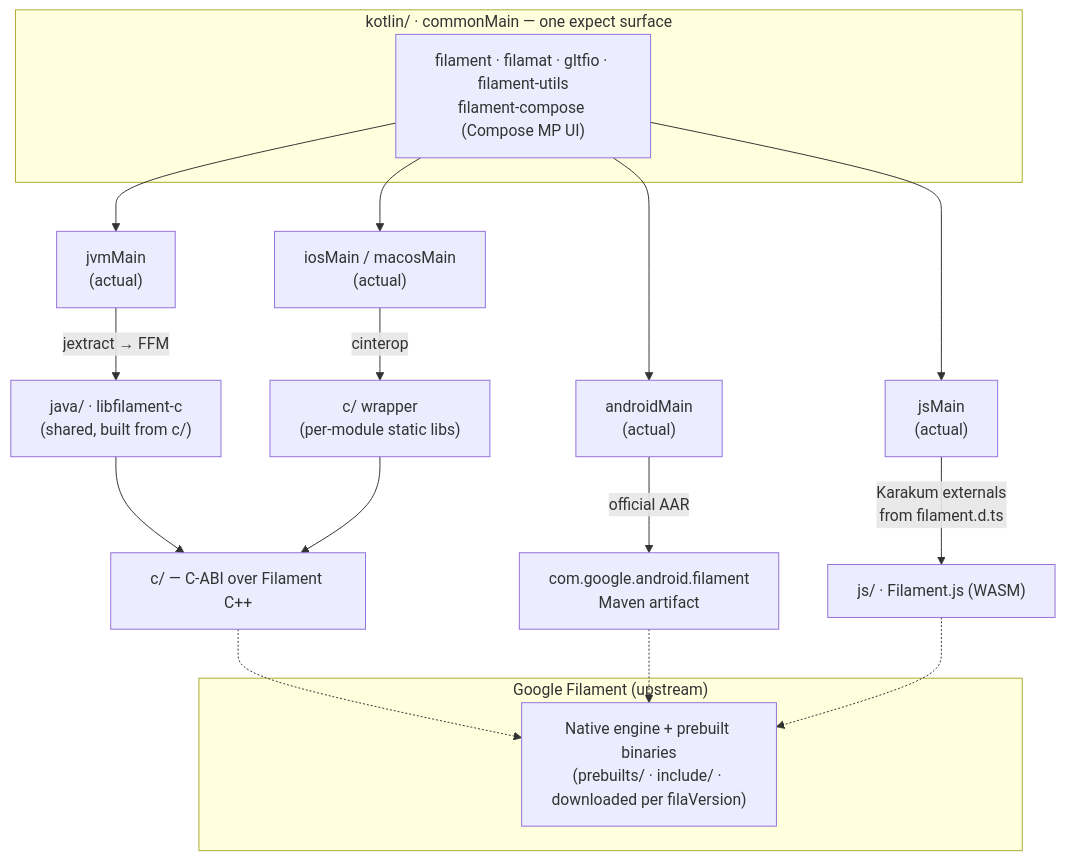
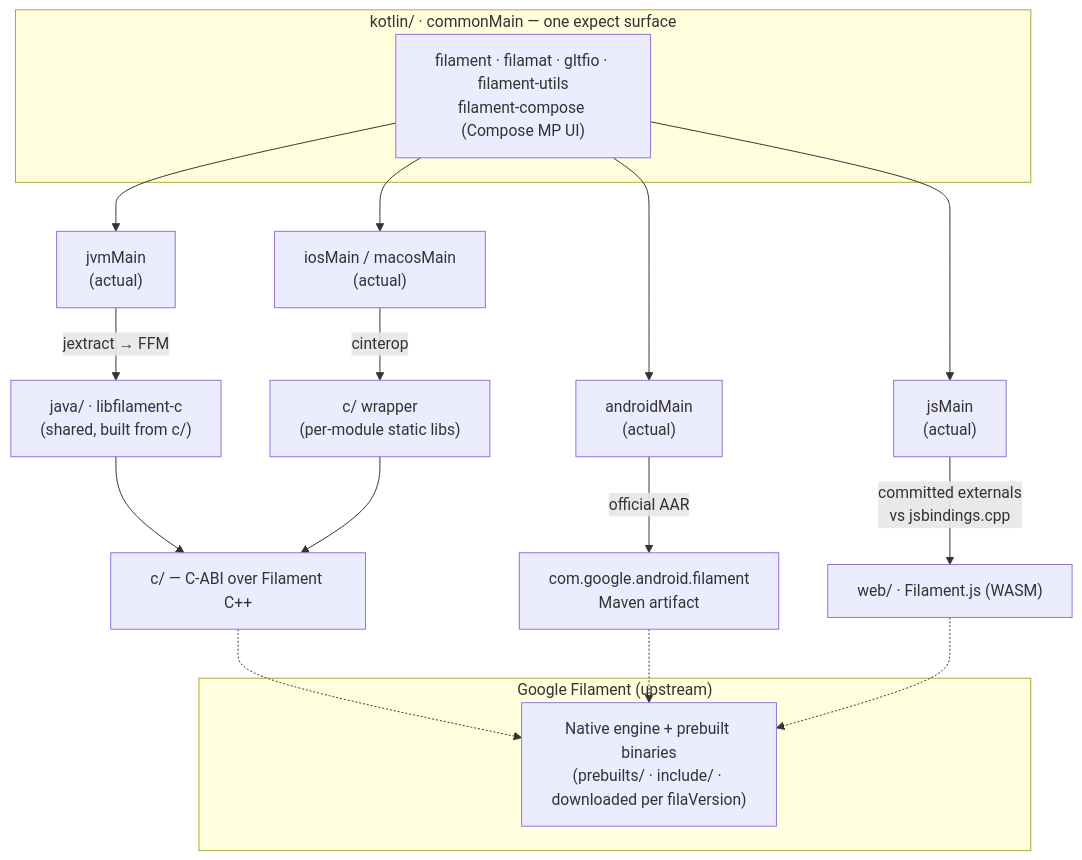
One commit to Erkko68/filament-kmp changed the diagram in docs/repo-structure.md. Above: the diagram before and after it, drawn with Mermaid. The commit also changed other lines of this file and 189 other files, not shown here.

First line of the commit message:
refactor(web): vendor the Kotlin externals, retire the Karakum pipeline

````diff
--- a/docs/repo-structure.md
+++ b/docs/repo-structure.md
@@ -11,27 +11,27 @@
 ```mermaid
 flowchart TB
     subgraph common["kotlin/ · commonMain — one expect surface"]
         API["filament · filamat · gltfio · filament-utils<br/>filament-compose (Compose MP UI)"]
     end
 
     API --> AND["androidMain<br/>(actual)"]
     API --> JVM["jvmMain<br/>(actual)"]
     API --> NAT["iosMain / macosMain<br/>(actual)"]
     API --> WEB["jsMain<br/>(actual)"]
 
     AND -->|official AAR| MAVEN["com.google.android.filament<br/>Maven artifact"]
     JVM -->|jextract → FFM| FFM["java/ · libfilament-c<br/>(shared, built from c/)"]
     NAT -->|cinterop| CIN["c/ wrapper<br/>(per-module static libs)"]
-    WEB -->|Karakum externals<br/>from filament.d.ts| JS["js/ · Filament.js (WASM)"]
+    WEB -->|committed externals<br/>vs jsbindings.cpp| JS["web/ · Filament.js (WASM)"]
 
     FFM --> CWRAP["c/ — C-ABI over Filament C++"]
     CIN --> CWRAP
 
     CWRAP -.-> ENGINE
     MAVEN -.-> ENGINE
     JS -.-> ENGINE
 
     subgraph upstream["Google Filament (upstream)"]
         ENGINE["Native engine + prebuilt binaries<br/>(prebuilts/ · include/ · downloaded per filaVersion)"]
     end
 ```
````
